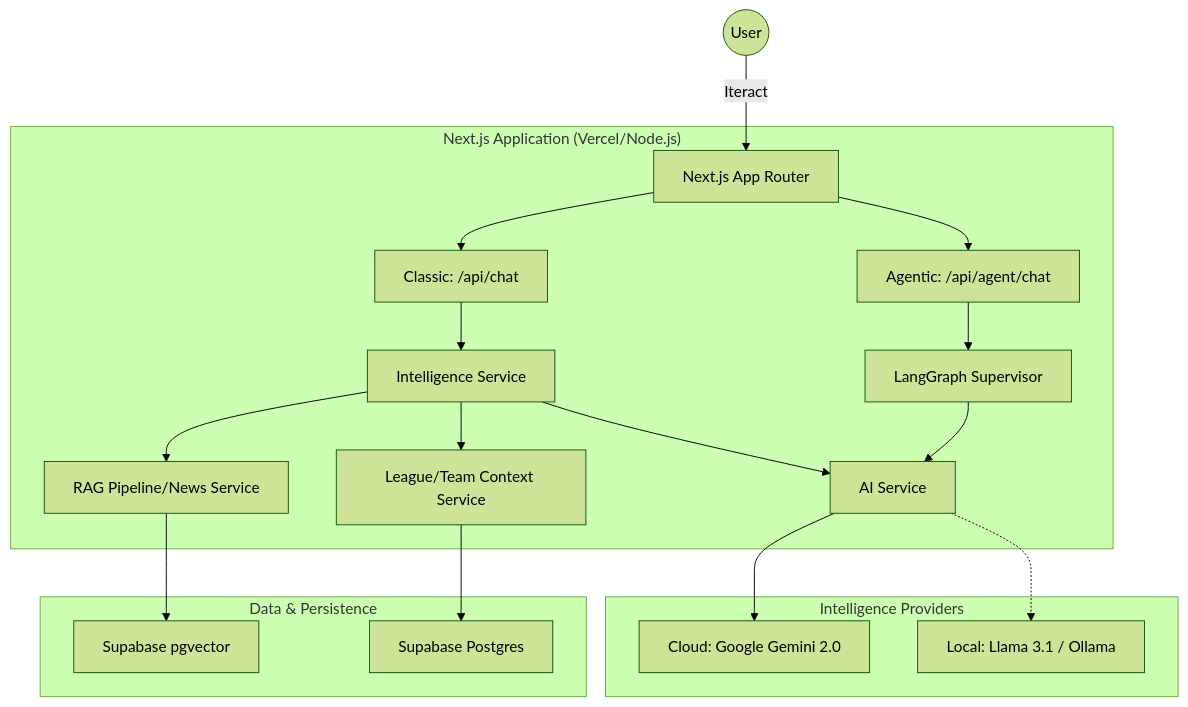
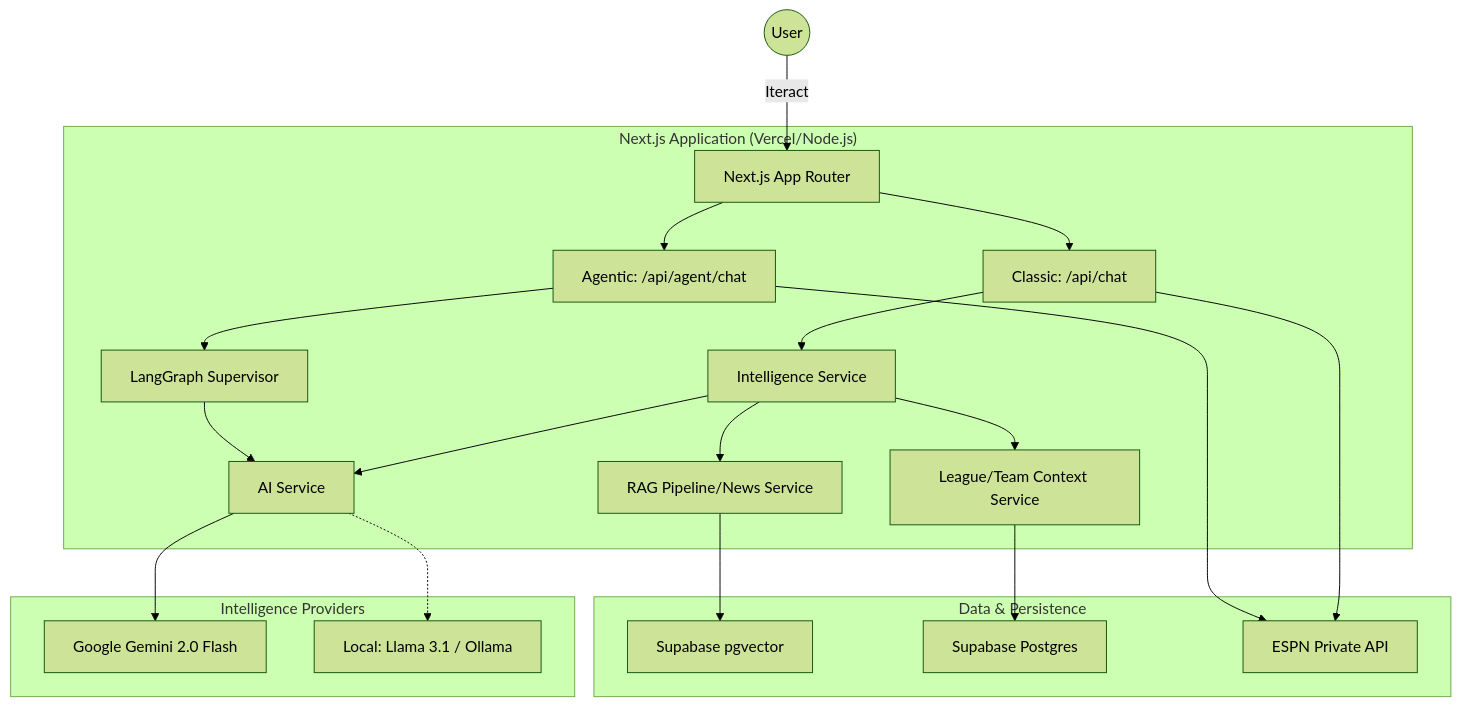
The diagram in docs/technical/Architecture.md (bpolitiadis/fanvise), drawn with Mermaid (forest theme) before and after one commit. The commit also changed other lines of this file and 2 other files, not shown here.

````diff
--- a/docs/technical/Architecture.md
+++ b/docs/technical/Architecture.md
@@ -9,28 +9,27 @@
 ```mermaid
 graph TD
     User((User)) -->|Iteract| WebUI[Next.js App Router]
     
     subgraph "Next.js Application (Vercel/Node.js)"
         WebUI --> API_Classic[Classic: /api/chat]
         WebUI --> API_Agent[Agentic: /api/agent/chat]
-        
         API_Classic --> IntelligenceSvc[Intelligence Service]
         API_Agent --> Supervisor[LangGraph Supervisor]
-        
         IntelligenceSvc --> Orchestrator[AI Service]
         Supervisor --> Orchestrator[AI Service]
-        
         IntelligenceSvc --> LeagueSvc[League/Team Context Service]
         IntelligenceSvc --> RAG[RAG Pipeline/News Service]
     end
     
     subgraph "Intelligence Providers"
-        Orchestrator --> Gemini[Cloud: Google Gemini 2.0]
+        Orchestrator --> Gemini[Google Gemini 2.0 Flash]
         Orchestrator -.-> Ollama[Local: Llama 3.1 / Ollama]
     end
     
     subgraph "Data & Persistence"
         RAG --> SupabaseVector[Supabase pgvector]
         LeagueSvc --> SupabaseDB[Supabase Postgres]
+        API_Classic --> ESPN[ESPN Private API]
+        API_Agent --> ESPN
     end
 ```
````
